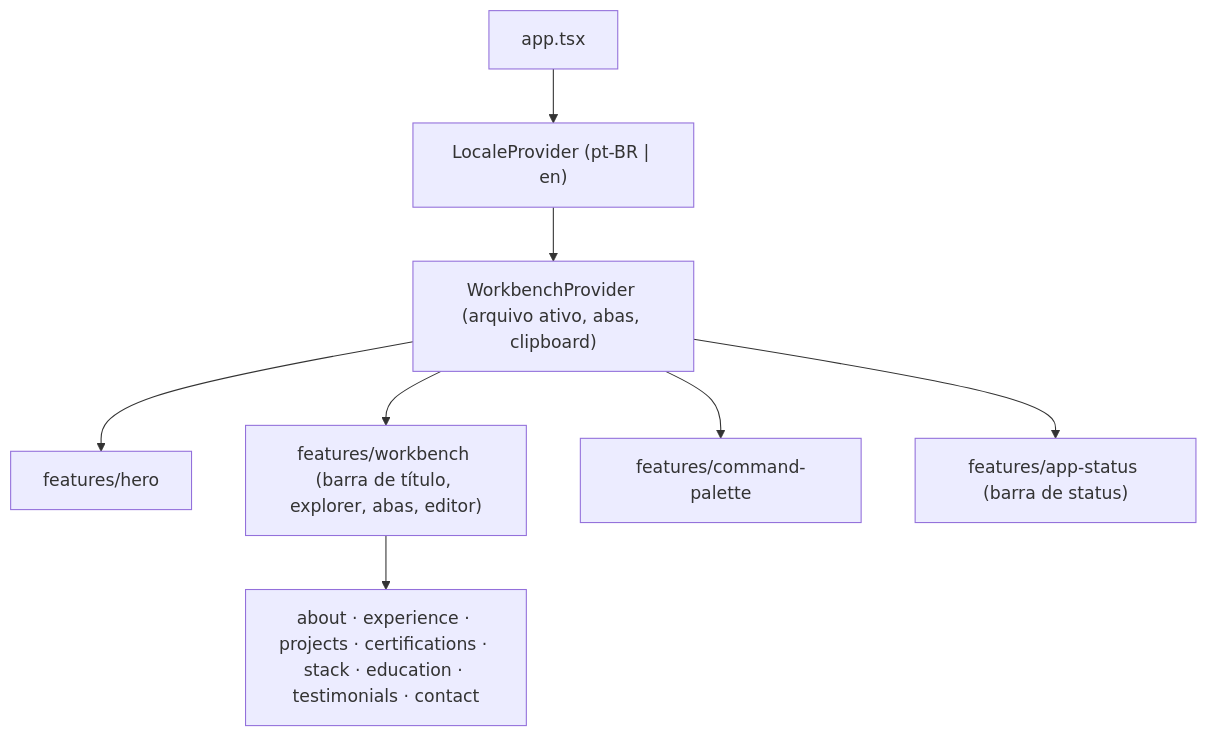
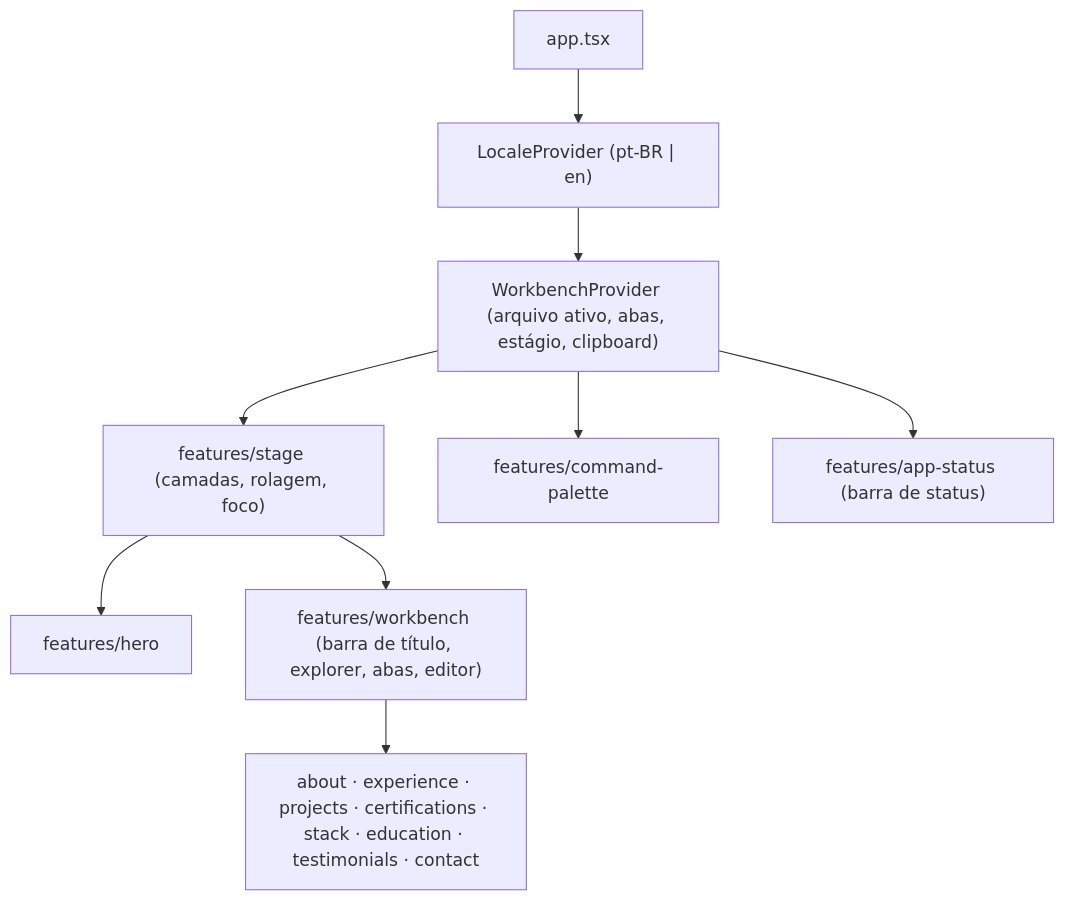
One commit to gibascript/giba-portfolio changed the diagram in docs/arquitetura.md. Above: the diagram before and after it, drawn with Mermaid. The commit also changed other lines of this file and 52 other files, not shown here.

Commit message:
feat(hero): adds the hero and the scroll-driven transition to the workbench

````diff
--- a/docs/arquitetura.md
+++ b/docs/arquitetura.md
@@ -13,10 +13,11 @@
 ```mermaid
 flowchart TD
   App["app.tsx"] --> Locale["LocaleProvider (pt-BR | en)"]
-  Locale --> Workbench["WorkbenchProvider (arquivo ativo, abas, clipboard)"]
-  Workbench --> Hero["features/hero"]
-  Workbench --> Shell["features/workbench (barra de título, explorer, abas, editor)"]
+  Locale --> Workbench["WorkbenchProvider (arquivo ativo, abas, estágio, clipboard)"]
+  Workbench --> Stage["features/stage (camadas, rolagem, foco)"]
+  Stage --> Hero["features/hero"]
+  Stage --> Shell["features/workbench (barra de título, explorer, abas, editor)"]
   Workbench --> Palette["features/command-palette"]
   Workbench --> Status["features/app-status (barra de status)"]
   Shell --> Files["about · experience · projects · certifications · stack · education · testimonials · contact"]
 ```
````
